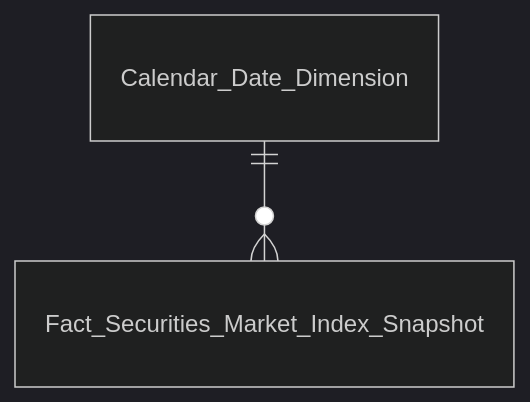
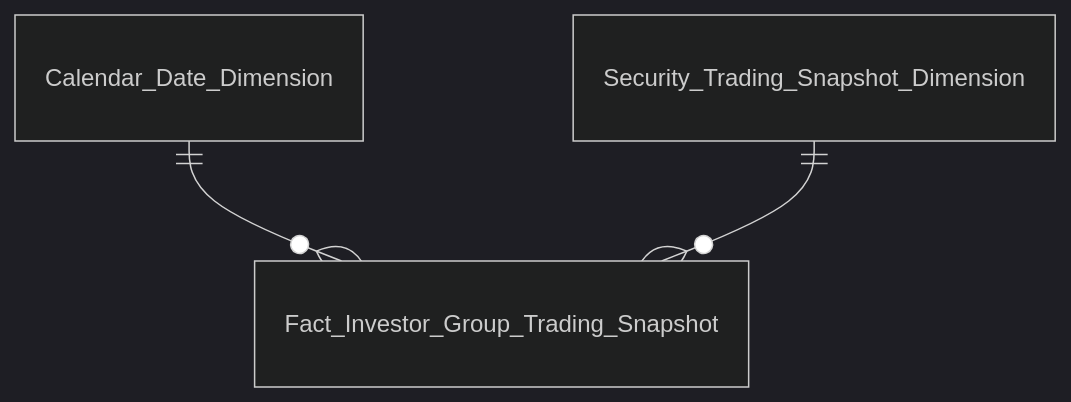
One commit to linhlvit/ubck_atomic_design changed the sixth of 16 diagrams in Datamart/hld/DTM_VP_Entities.md. Above: the diagram before and after it, drawn with Mermaid (dark theme). The commit also changed other lines of this file and 25 other files, not shown here.

````diff
--- a/Datamart/hld/DTM_VP_Entities.md
+++ b/Datamart/hld/DTM_VP_Entities.md
@@ -69,4 +105,5 @@
 ```mermaid
 erDiagram
-    Calendar_Date_Dimension ||--o{ Fact_Securities_Market_Index_Snapshot : " "
+    Calendar_Date_Dimension ||--o{ Fact_Investor_Group_Trading_Snapshot : " "
+    Security_Trading_Snapshot_Dimension ||--o{ Fact_Investor_Group_Trading_Snapshot : " "
 ```
````
